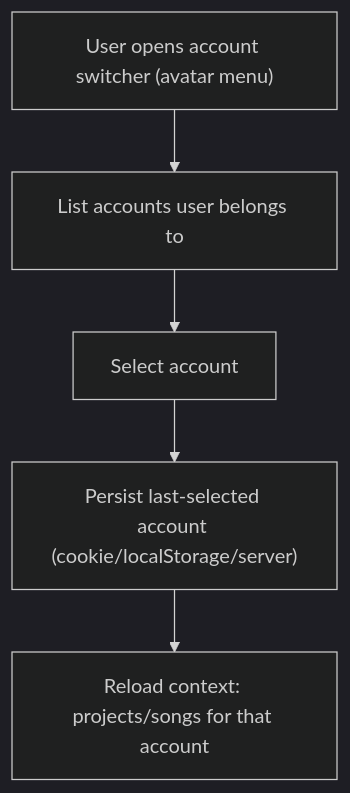
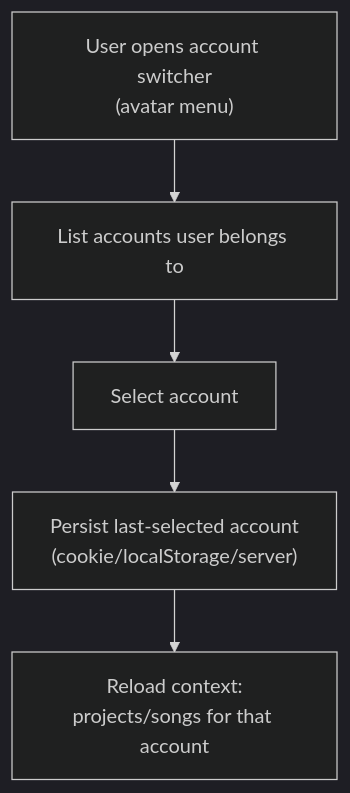
One commit to simply-simpy/song-craft-mono changed the diagram in diagrams/03-context/account-switcher-flow.mermaid. Above: the diagram before and after it, drawn with Mermaid (dark theme). The commit also changed 4 other files, not shown here.

```diff
--- a/diagrams/03-context/account-switcher-flow.mermaid
+++ b/diagrams/03-context/account-switcher-flow.mermaid
@@ -1,5 +1,5 @@
 flowchart TD
-  A["User opens account switcher (avatar menu)"] --> B["List accounts user belongs to"]
-  B --> C[Select account]
-  C --> D["Persist last-selected account (cookie/localStorage/server)"]
-  D --> E["Reload context: projects/songs for that account"]
+  A["User opens account switcher<br/>(avatar menu)"] --> B["List accounts user belongs to"]
+  B --> C["Select account"]
+  C --> D["Persist last-selected account<br/>(cookie/localStorage/server)"]
+  D --> E["Reload context:<br/>projects/songs for that account"]
```
